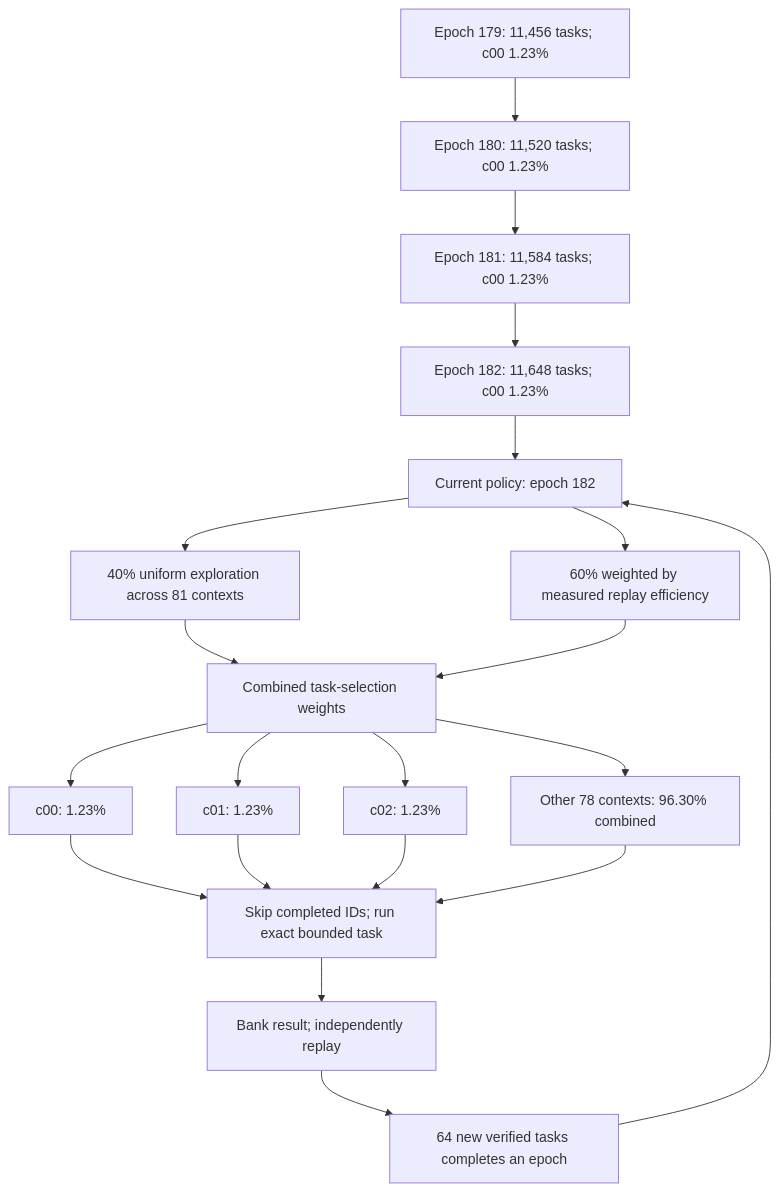
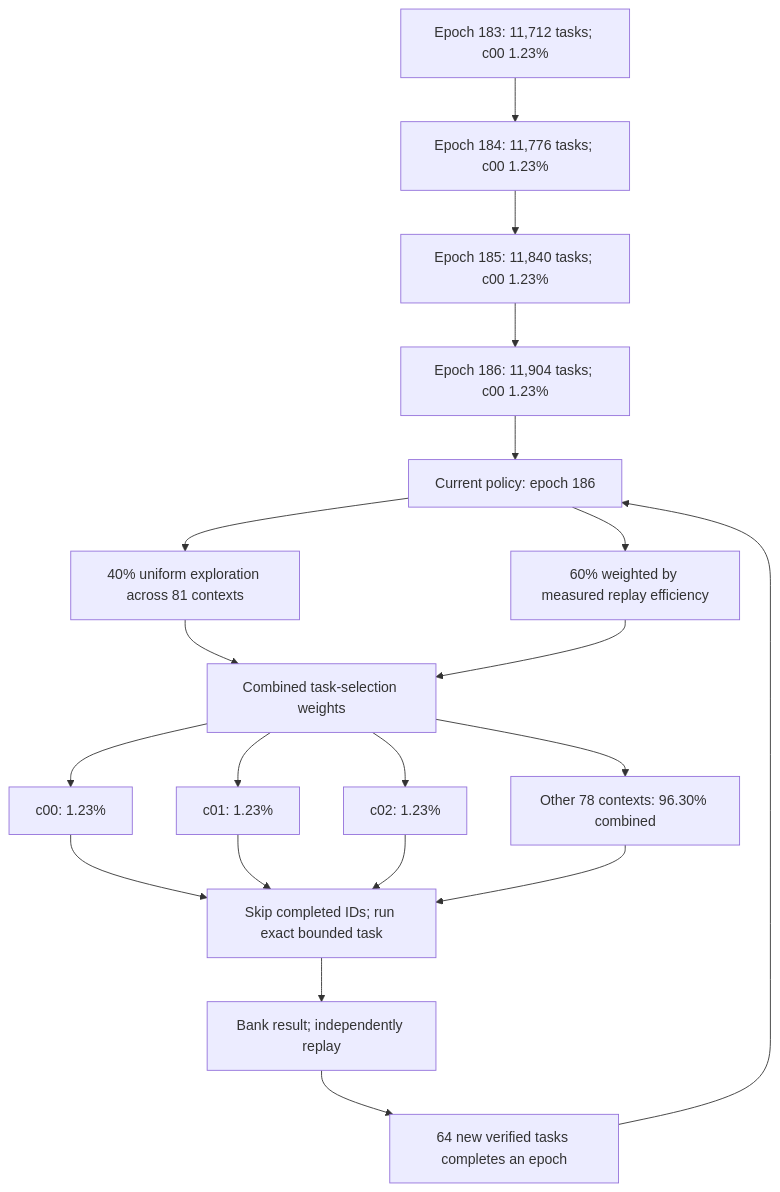
The diagram in README.md (Kuberwastaken/math-gambling), drawn with Mermaid before and after one commit. The commit also changed other lines of this file and 595 other files, not shown here.

````diff
--- a/README.md
+++ b/README.md
@@ -49,27 +49,27 @@
 ```mermaid
 flowchart TD
-    H0["Epoch 179: 11,456 tasks; c00 1.23%"]
-    H1["Epoch 180: 11,520 tasks; c00 1.23%"]
+    H0["Epoch 183: 11,712 tasks; c00 1.23%"]
+    H1["Epoch 184: 11,776 tasks; c00 1.23%"]
     H0 --> H1
-    H2["Epoch 181: 11,584 tasks; c00 1.23%"]
+    H2["Epoch 185: 11,840 tasks; c00 1.23%"]
     H1 --> H2
-    H3["Epoch 182: 11,648 tasks; c00 1.23%"]
+    H3["Epoch 186: 11,904 tasks; c00 1.23%"]
     H2 --> H3
-    Policy["Current policy: epoch 182"]
+    Policy["Current policy: epoch 186"]
     H3 --> Policy
     Policy --> Explore["40% uniform exploration across 81 contexts"]
     Policy --> Cost["60% weighted by measured replay efficiency"]
     Explore --> Mix["Combined task-selection weights"]
     Cost --> Mix
     Mix --> C0["c00: 1.23%"]
     Mix --> C1["c01: 1.23%"]
     Mix --> C2["c02: 1.23%"]
     Mix --> Rest["Other 78 contexts: 96.30% combined"]
     C0 --> Check["Skip completed IDs; run exact bounded task"]
     C1 --> Check
     C2 --> Check
     Rest --> Check
     Check --> Replay["Bank result; independently replay"]
     Replay --> Gate["64 new verified tasks completes an epoch"]
     Gate --> Policy
 ```
````
